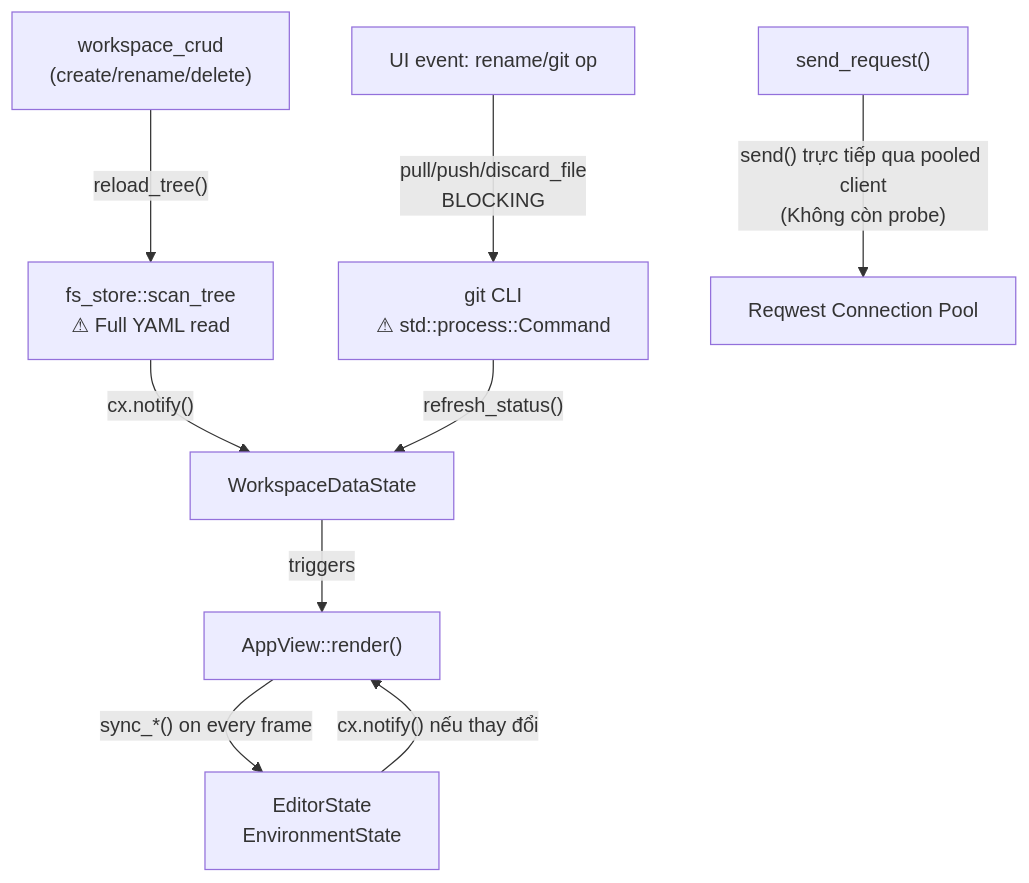
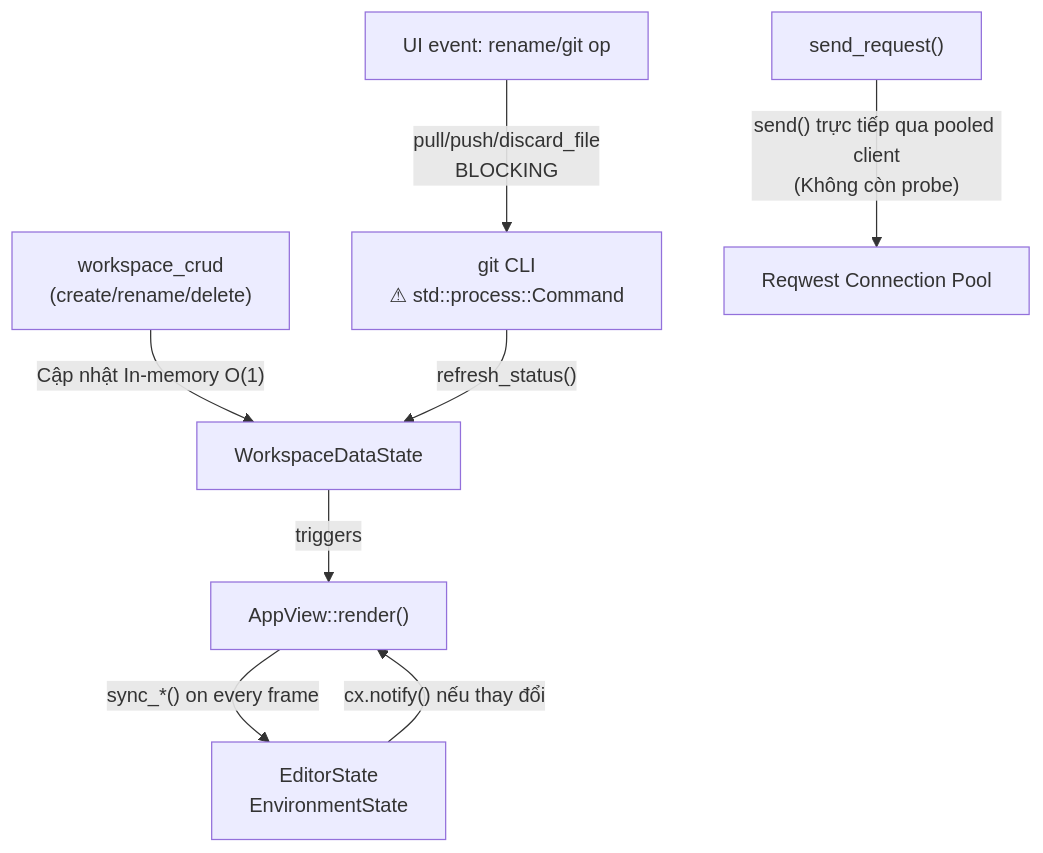
Before and after one commit to dungmv/rest-client: the first of 2 diagrams in docs/technical-debt-02.md, drawn with Mermaid. The commit also changed other lines of this file and 3 other files, not shown here.

First line of the commit message:
perf(app): eliminate full filesystem scan on CRUD operations (PERF-003, CC-001)

````diff
--- a/docs/technical-debt-02.md
+++ b/docs/technical-debt-02.md
@@ -450,13 +438,12 @@
 ```mermaid
 flowchart TD
-    A["workspace_crud\n(create/rename/delete)"] -->|"reload_tree()"| B["fs_store::scan_tree\n⚠ Full YAML read"]
-    B -->|"cx.notify()"| C["WorkspaceDataState"]
+    A["workspace_crud\n(create/rename/delete)"] -->|"Cập nhật In-memory O(1)"| C["WorkspaceDataState"]
     C -->|triggers| D["AppView::render()"]
     D -->|"sync_*() on every frame"| E["EditorState\nEnvironmentState"]
     E -->|"cx.notify() nếu thay đổi"| D
 
     F["UI event: rename/git op"] -->|"pull/push/discard_file\nBLOCKING"| G["git CLI\n⚠ std::process::Command"]
     G -->|"refresh_status()"| C
 
     H["send_request()"] -->|"send() trực tiếp qua pooled client\n(Không còn probe)"| I["Reqwest Connection Pool"]
 ```
````
